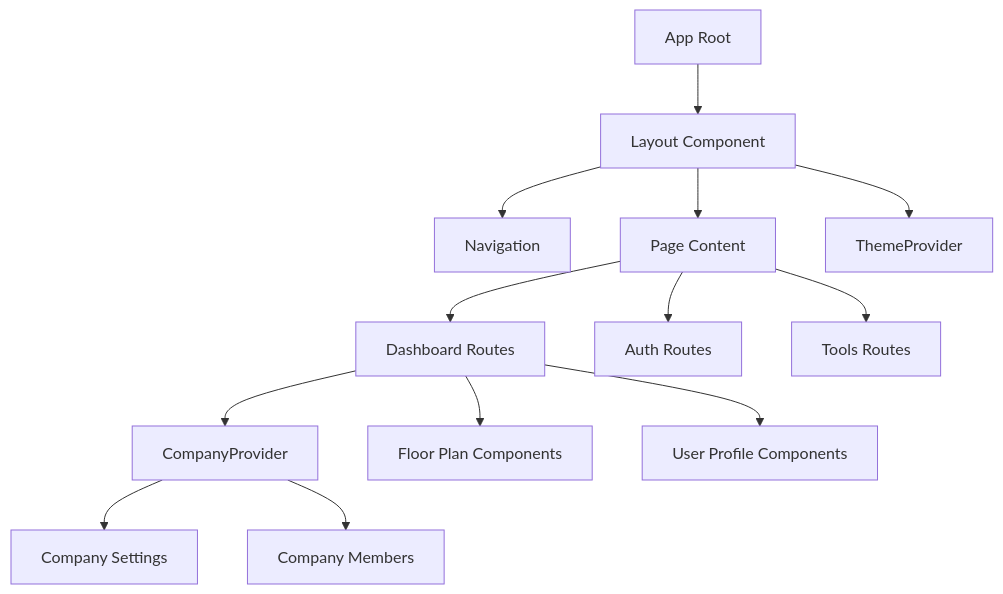
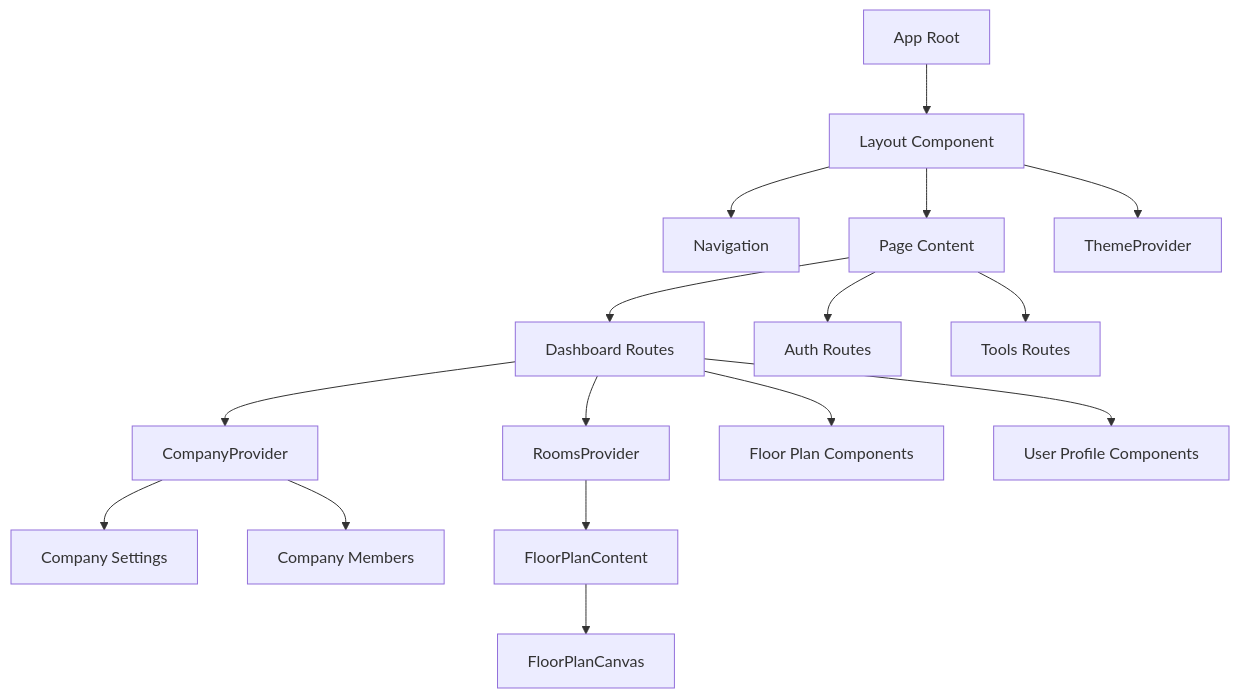
The first of 4 diagrams in memory-bank/systemPatterns.md (giuice/virtual-office), drawn with Mermaid before and after one commit. The commit also changed other lines of this file and 13 other files, not shown here.

````diff
--- a/memory-bank/systemPatterns.md
+++ b/memory-bank/systemPatterns.md
@@ -79,18 +92,22 @@
 ```mermaid
 graph TD
     App[App Root] --> Layout[Layout Component]
     Layout --> N[Navigation]
     Layout --> P[Page Content]
     Layout --> TP[ThemeProvider]
     
     P --> Dashboard[Dashboard Routes]
     P --> Auth[Auth Routes]
     P --> Tools[Tools Routes]
     
     Dashboard --> CompanyP[CompanyProvider]
+    Dashboard --> RoomsP[RoomsProvider]
     Dashboard --> FloorPlan[Floor Plan Components]
     Dashboard --> UserProfile[User Profile Components]
     
     CompanyP --> CompanySettings[Company Settings]
     CompanyP --> CompanyMembers[Company Members]
+    
+    RoomsP --> FloorPlanContent[FloorPlanContent]
+    FloorPlanContent --> FloorPlanCanvas[FloorPlanCanvas]
 ```
````
